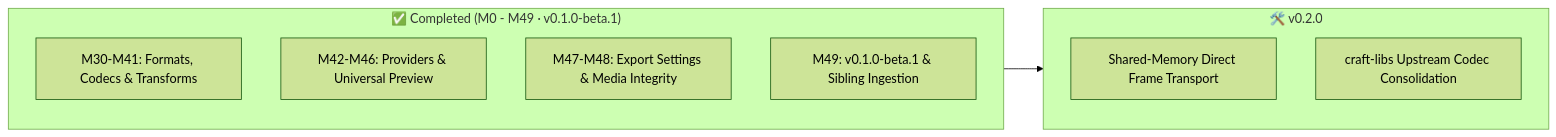
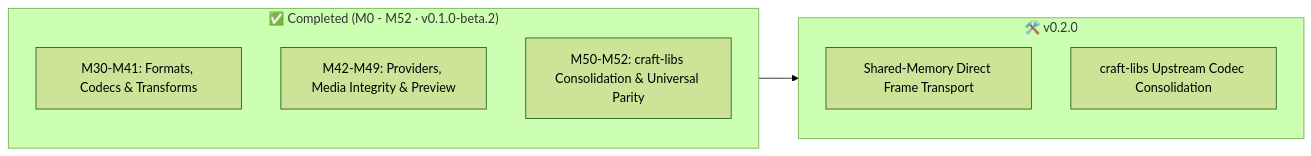
Before and after one commit to el-j/encoderCraft: the diagram in README.md, drawn with Mermaid (forest theme). The commit also changed other lines of this file and 5 other files, not shown here.

````diff
--- a/README.md
+++ b/README.md
@@ -88,16 +101,15 @@
 ```mermaid
 flowchart LR
-    subgraph Completed ["✅ Completed (M0 - M49 · v0.1.0-beta.1)"]
+    subgraph Completed ["✅ Completed (M0 - M52 · v0.1.0-beta.2)"]
         M30_41["M30-M41: Formats, Codecs & Transforms"]
-        M42_46["M42-M46: Providers & Universal Preview"]
-        M47_48["M47-M48: Export Settings & Media Integrity"]
-        M49["M49: v0.1.0-beta.1 & Sibling Ingestion"]
+        M42_49["M42-M49: Providers, Media Integrity & Preview"]
+        M50_52["M50-M52: craft-libs Consolidation & Universal Parity"]
     end
 
     subgraph Next ["🛠️ v0.2.0"]
         ICEORYX["Shared-Memory Direct Frame Transport"]
         UPSTREAM["craft-libs Upstream Codec Consolidation"]
     end
 
     Completed --> Next
 ```
````
